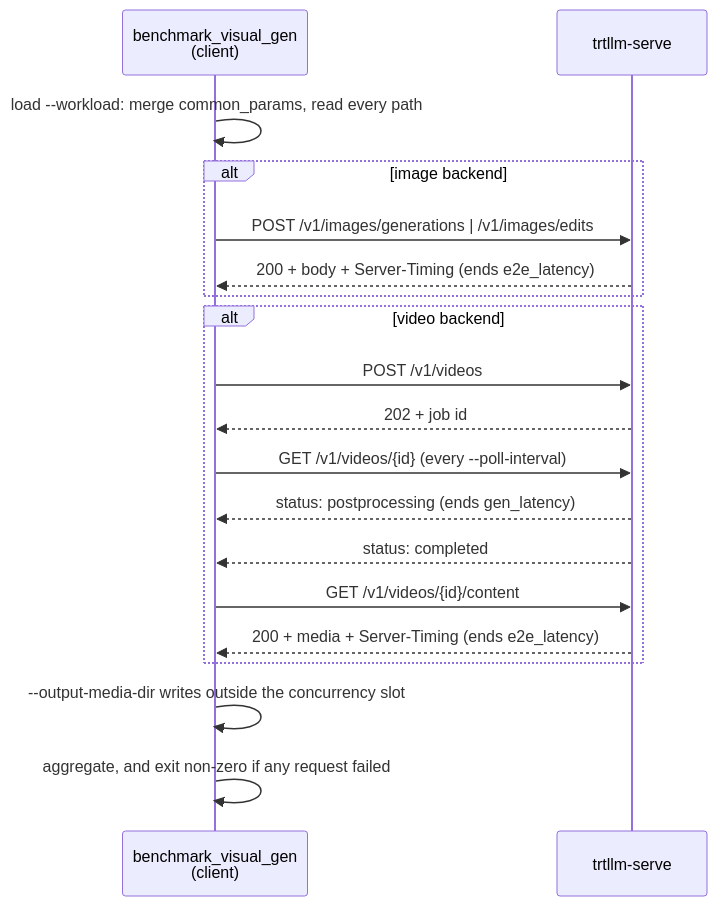
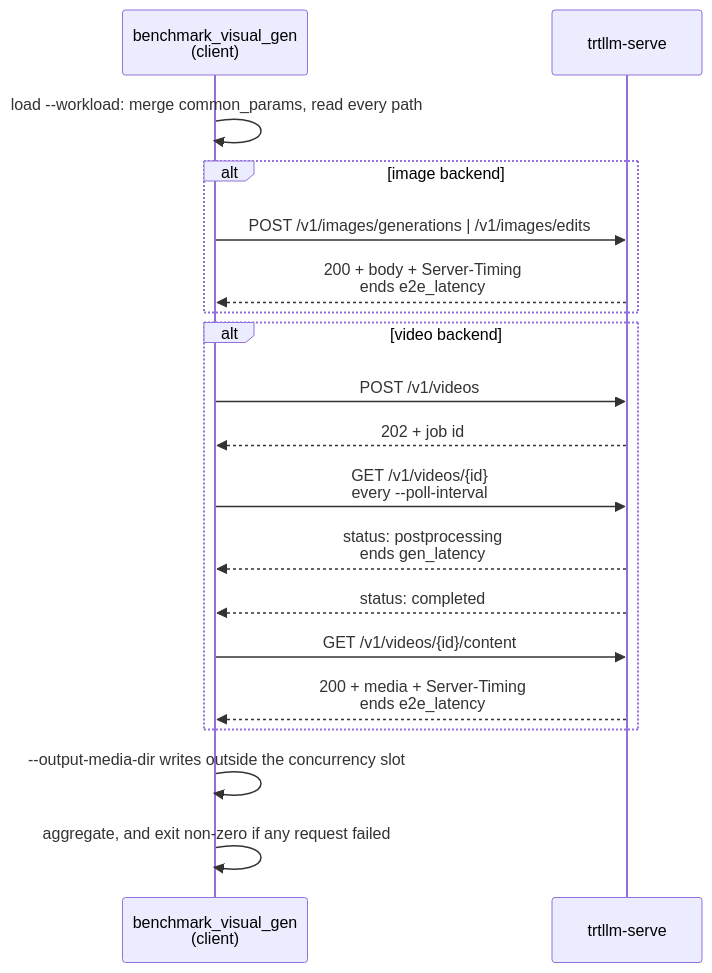
One commit to NVIDIA/TensorRT-LLM changed the diagram in tensorrt_llm/serve/scripts/BENCHMARKING_VISUAL_GEN.md. Above: the diagram before and after it, drawn with Mermaid.

Commit message:
[None][doc] Give each annotation its own line on the arrow
A mermaid note cannot sit where the original image put these: it lands in a vertical band of its own below the message, and the alt frame grows to enclose it wherever it goes, including over a participant added to hold it. A second label line is the closest that keeps the annotation on the arrow it describes and the frame level on both sides.

````diff
--- a/tensorrt_llm/serve/scripts/BENCHMARKING_VISUAL_GEN.md
+++ b/tensorrt_llm/serve/scripts/BENCHMARKING_VISUAL_GEN.md
@@ -106,25 +106,25 @@
 ```mermaid
 sequenceDiagram
     participant C as benchmark_visual_gen<br/>(client)
     participant S as trtllm-serve
 
     C->>C: load --workload: merge common_params, read every path
 
     alt image backend
         C->>S: POST /v1/images/generations | /v1/images/edits
-        S-->>C: 200 + body + Server-Timing (ends e2e_latency)
+        S-->>C: 200 + body + Server-Timing<br/>ends e2e_latency
     end
 
     alt video backend
         C->>S: POST /v1/videos
         S-->>C: 202 + job id
-        C->>S: GET /v1/videos/{id} (every --poll-interval)
-        S-->>C: status: postprocessing (ends gen_latency)
+        C->>S: GET /v1/videos/{id}<br/>every --poll-interval
+        S-->>C: status: postprocessing<br/>ends gen_latency
         S-->>C: status: completed
         C->>S: GET /v1/videos/{id}/content
-        S-->>C: 200 + media + Server-Timing (ends e2e_latency)
+        S-->>C: 200 + media + Server-Timing<br/>ends e2e_latency
     end
 
     C->>C: --output-media-dir writes outside the concurrency slot
     C->>C: aggregate, and exit non-zero if any request failed
 ```
````
